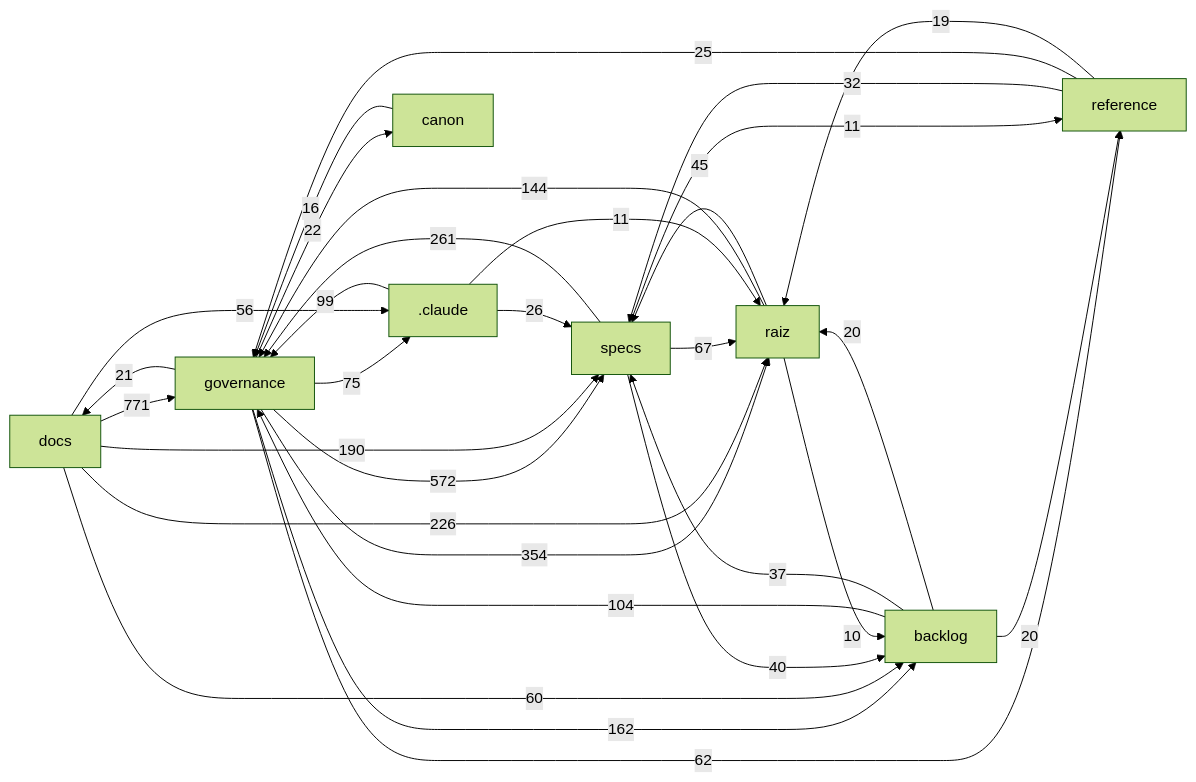
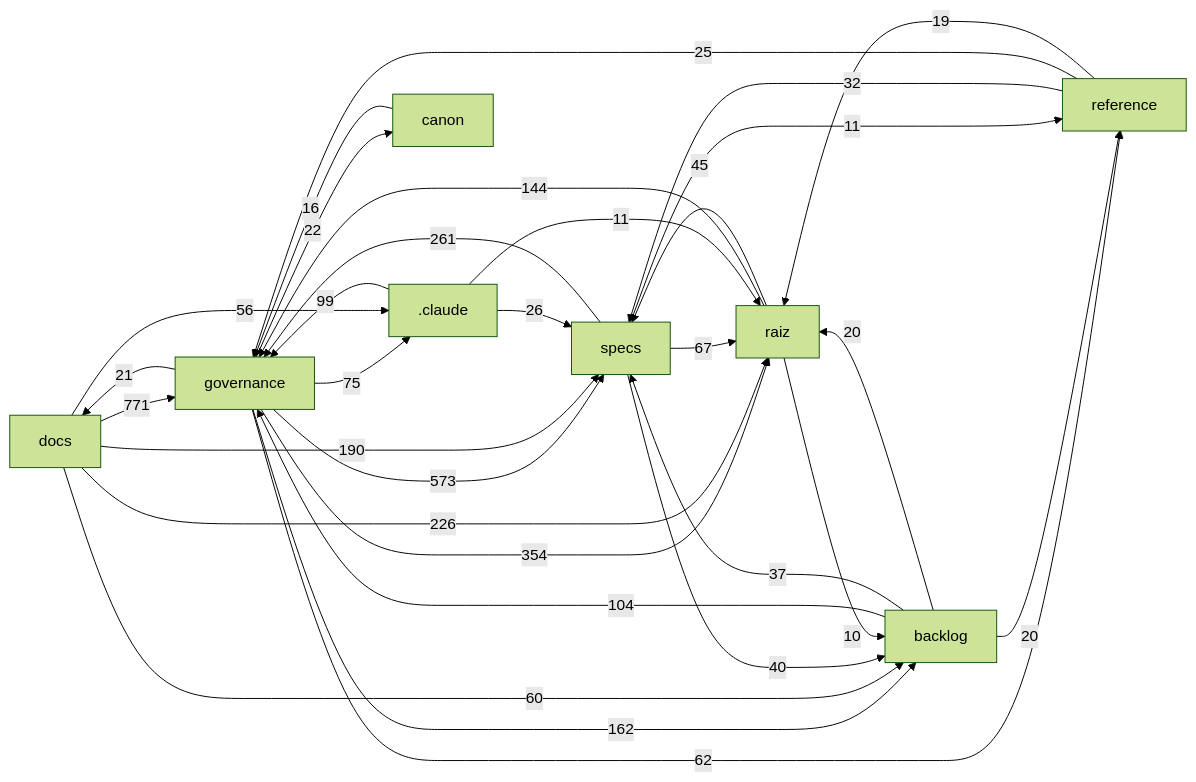
One commit to Andraus35/Sistema-Operacional-de-Trading--SOT changed the diagram in docs/mapa/MAPA-PROJETO.md. Above: the diagram before and after it, drawn with Mermaid (forest theme). The commit also changed other lines of this file and 2 other files, not shown here.

````diff
--- a/docs/mapa/MAPA-PROJETO.md
+++ b/docs/mapa/MAPA-PROJETO.md
@@ -29,33 +29,33 @@
 ```mermaid
 flowchart LR
   docs["docs"] -->|771| governance["governance"]
-  governance["governance"] -->|572| specs["specs"]
+  governance["governance"] -->|573| specs["specs"]
   governance["governance"] -->|354| raiz["raiz"]
   specs["specs"] -->|261| governance["governance"]
   docs["docs"] -->|226| raiz["raiz"]
   docs["docs"] -->|190| specs["specs"]
   governance["governance"] -->|162| backlog["backlog"]
   raiz["raiz"] -->|144| governance["governance"]
   backlog["backlog"] -->|104| governance["governance"]
   _claude[".claude"] -->|99| governance["governance"]
   governance["governance"] -->|75| _claude[".claude"]
   specs["specs"] -->|67| raiz["raiz"]
   governance["governance"] -->|62| reference["reference"]
   docs["docs"] -->|60| backlog["backlog"]
   docs["docs"] -->|56| _claude[".claude"]
   raiz["raiz"] -->|45| specs["specs"]
   specs["specs"] -->|40| backlog["backlog"]
   backlog["backlog"] -->|37| specs["specs"]
   reference["reference"] -->|32| specs["specs"]
   _claude[".claude"] -->|26| specs["specs"]
   reference["reference"] -->|25| governance["governance"]
   governance["governance"] -->|22| canon["canon"]
   governance["governance"] -->|21| docs["docs"]
   backlog["backlog"] -->|20| raiz["raiz"]
   backlog["backlog"] -->|20| reference["reference"]
   reference["reference"] -->|19| raiz["raiz"]
   canon["canon"] -->|16| governance["governance"]
   _claude[".claude"] -->|11| raiz["raiz"]
   specs["specs"] -->|11| reference["reference"]
   raiz["raiz"] -->|10| backlog["backlog"]
 ```
````
